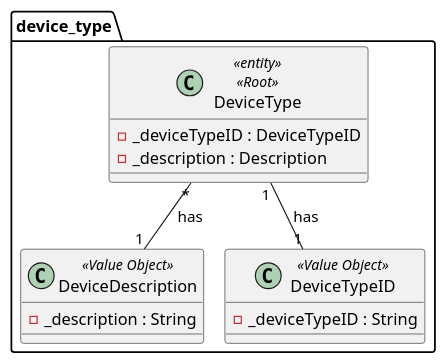
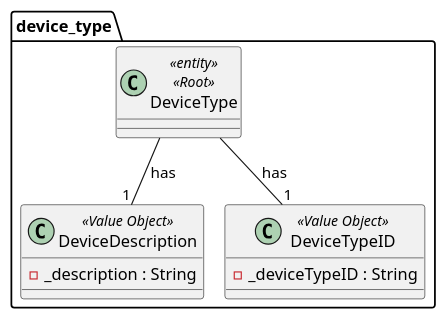
The diagram in docs/ooa/4.agreggateModels/DeviceType.puml (olivDiogo/SmartHome), drawn with PlantUML before and after one commit. The commit also changed 10 other files, not shown here.

```diff
--- a/docs/ooa/4.agreggateModels/DeviceType.puml
+++ b/docs/ooa/4.agreggateModels/DeviceType.puml
@@ -1,20 +1,18 @@
 @startuml
 !pragma layout smetana
 
 package device_type {
 class DeviceType<<entity>><<Root>> {
-    - _deviceTypeID : DeviceTypeID
-    - _description : Description
 }
 
 class DeviceDescription<<Value Object>> {
     - _description : String
 }
 class DeviceTypeID<<Value Object>> {
     - _deviceTypeID : String
 }
 
-DeviceType "*" -- "1" DeviceDescription : has
-DeviceType "1" -- "1" DeviceTypeID : has
+DeviceType  -- "1" DeviceDescription : has
+DeviceType  -- "1" DeviceTypeID : has
 
 @enduml
```
